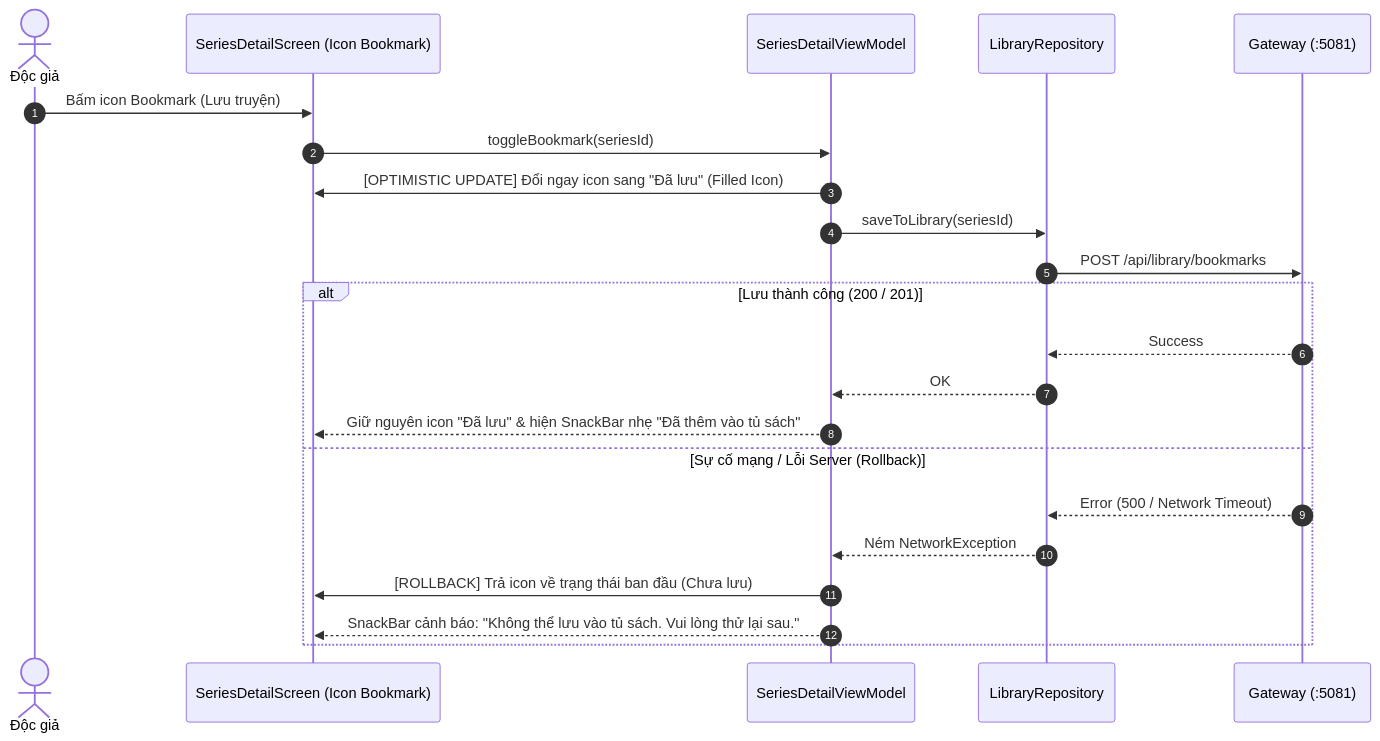
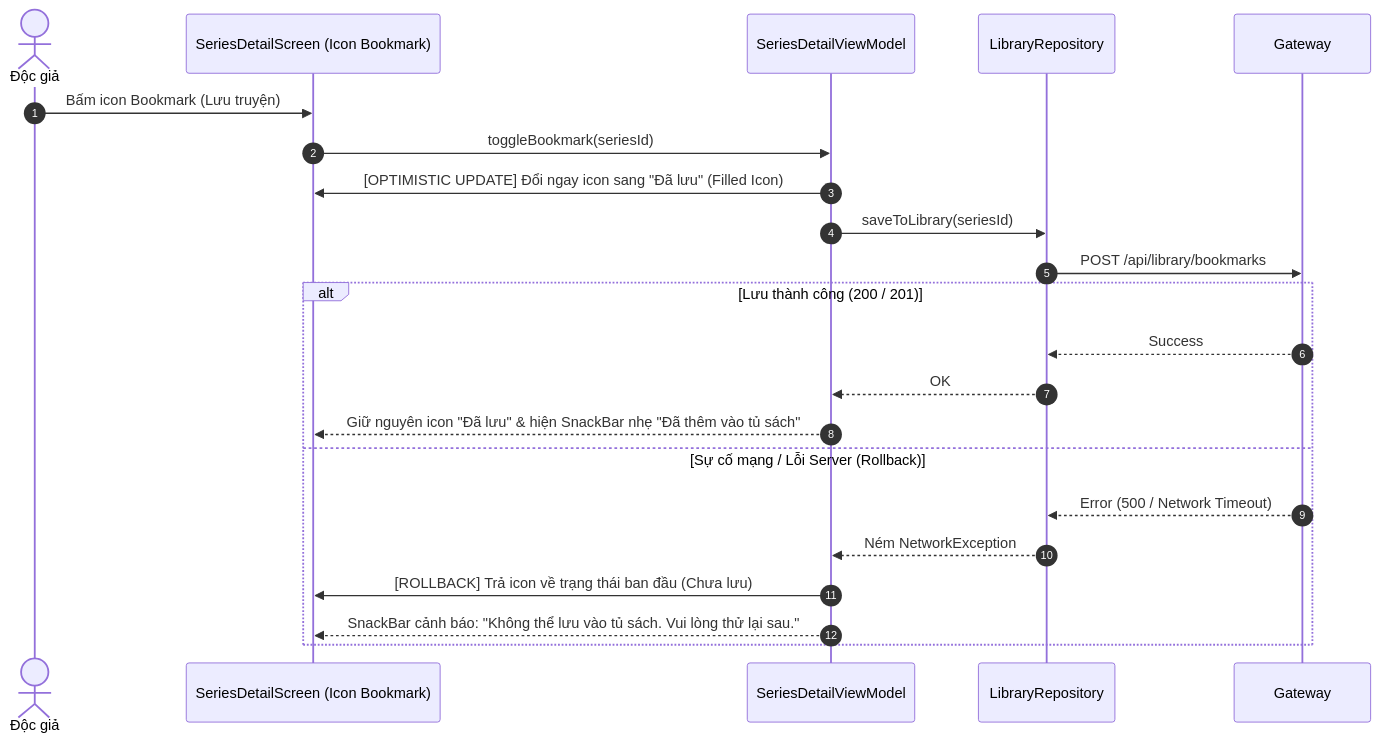
One commit to Trunguyen104/joyleebook_mobile changed the fourth of 4 diagrams in docs/03-System-Flows-And-Contracts.md. Above: the diagram before and after it, drawn with Mermaid. The commit also changed other lines of this file and 15 other files, not shown here.

````diff
--- a/docs/03-System-Flows-And-Contracts.md
+++ b/docs/03-System-Flows-And-Contracts.md
@@ -135,25 +135,25 @@
 ```mermaid
 sequenceDiagram
     autonumber
     actor Reader as Độc giả
     participant UI as SeriesDetailScreen (Icon Bookmark)
     participant VM as SeriesDetailViewModel
     participant Repo as LibraryRepository
-    participant GW as Gateway (:5081)
+    participant GW as Gateway
 
     Reader->>UI: Bấm icon Bookmark (Lưu truyện)
     UI->>VM: toggleBookmark(seriesId)
     VM->>UI: [OPTIMISTIC UPDATE] Đổi ngay icon sang "Đã lưu" (Filled Icon)
     VM->>Repo: saveToLibrary(seriesId)
     Repo->>GW: POST /api/library/bookmarks
     alt Lưu thành công (200 / 201)
         GW-->>Repo: Success
         Repo-->>VM: OK
         VM-->>UI: Giữ nguyên icon "Đã lưu" & hiện SnackBar nhẹ "Đã thêm vào tủ sách"
     else Sự cố mạng / Lỗi Server (Rollback)
         GW-->>Repo: Error (500 / Network Timeout)
         Repo-->>VM: Ném NetworkException
         VM->>UI: [ROLLBACK] Trả icon về trạng thái ban đầu (Chưa lưu)
         VM-->>UI: SnackBar cảnh báo: "Không thể lưu vào tủ sách. Vui lòng thử lại sau."
     end
 ```
````
